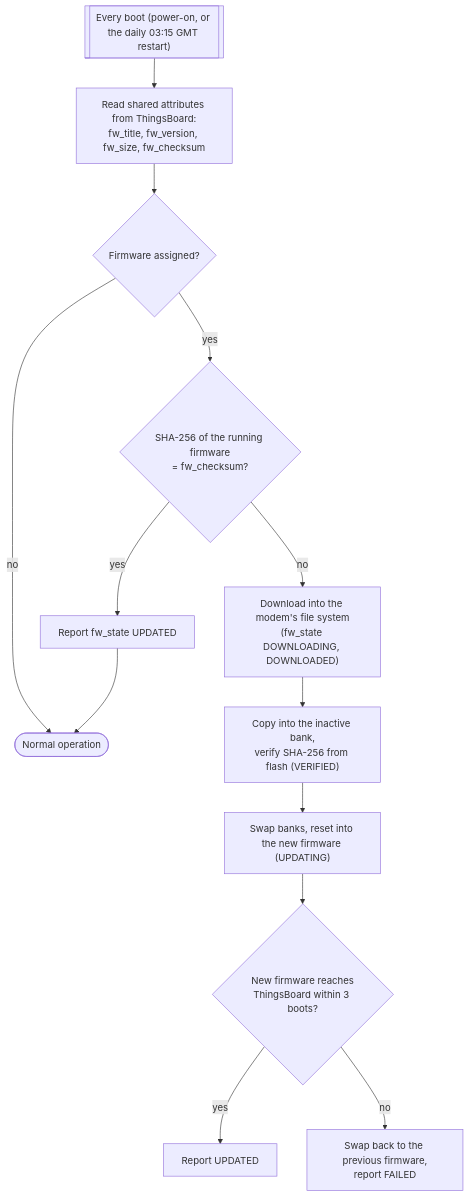
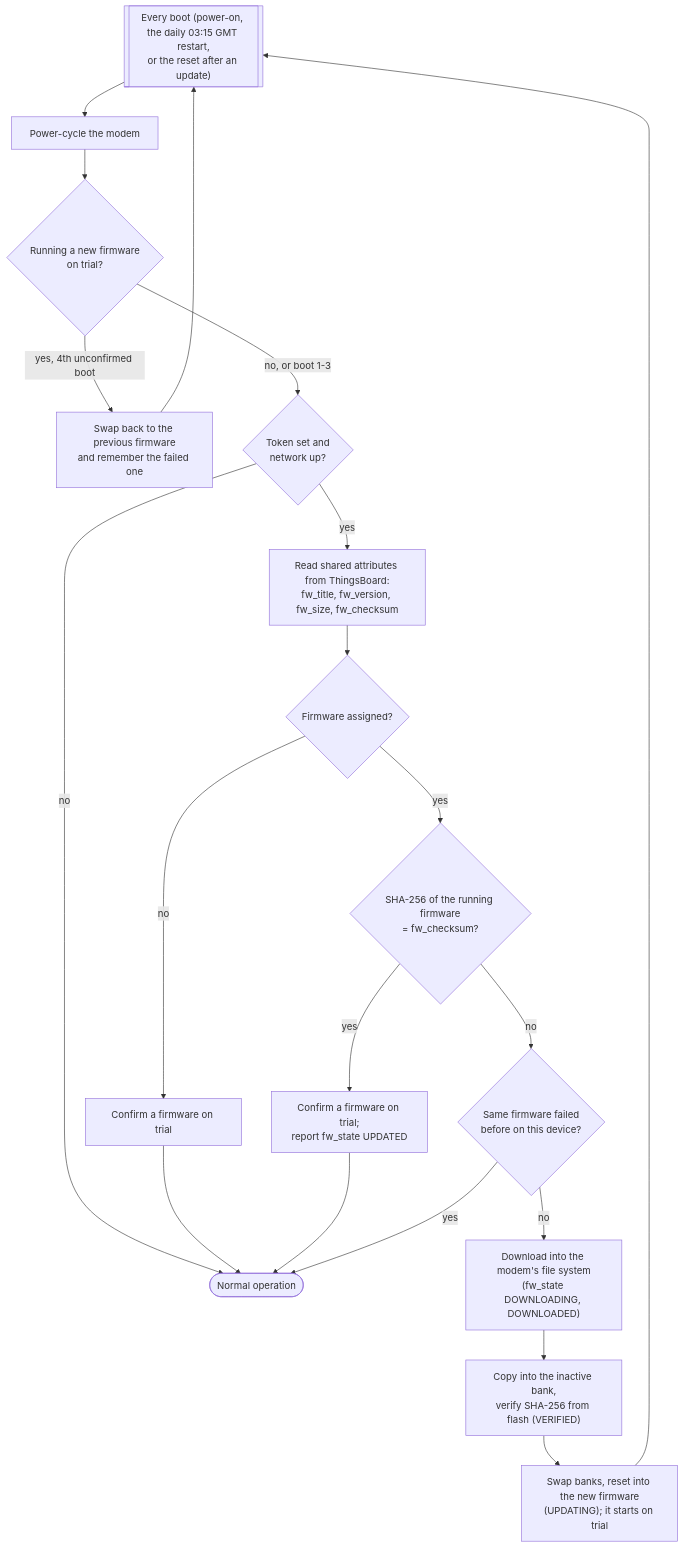
The seventh of 7 diagrams in README.md (anushka-prajose-tih/Closed_Loop_Irrigation), drawn with Mermaid before and after one commit. The commit also changed other lines of this file and 1 other file, not shown here.

````diff
--- a/README.md
+++ b/README.md
@@ -312,14 +321,20 @@
 ```mermaid
 flowchart TD
-    A[["Every boot (power-on, or the daily 03:15 GMT restart)"]] --> B["Read shared attributes from ThingsBoard:<br>fw_title, fw_version, fw_size, fw_checksum"]
+    A[["Every boot (power-on, the daily 03:15 GMT restart,<br>or the reset after an update)"]] --> PC["Power-cycle the modem"]
+    PC --> BC{"Running a new firmware<br>on trial?"}
+    BC -->|"yes, 4th unconfirmed boot"| R["Swap back to the previous firmware<br>and remember the failed one"]
+    BC -->|"no, or boot 1-3"| N{"Token set and<br>network up?"}
+    N -->|no| Z([Normal operation])
+    N -->|yes| B["Read shared attributes from ThingsBoard:<br>fw_title, fw_version, fw_size, fw_checksum"]
     B --> C{"Firmware assigned?"}
-    C -->|no| Z([Normal operation])
+    C -->|no| CONF["Confirm a firmware on trial"] --> Z
     C -->|yes| S{"SHA-256 of the running firmware<br>= fw_checksum?"}
-    S -->|yes| U["Report fw_state UPDATED"] --> Z
-    S -->|no| D["Download into the modem's file system<br>(fw_state DOWNLOADING, DOWNLOADED)"]
+    S -->|yes| U["Confirm a firmware on trial;<br>report fw_state UPDATED"] --> Z
+    S -->|no| DR4{"Same firmware failed<br>before on this device?"}
+    DR4 -->|yes| Z
+    DR4 -->|no| D["Download into the modem's file system<br>(fw_state DOWNLOADING, DOWNLOADED)"]
     D --> E["Copy into the inactive bank,<br>verify SHA-256 from flash (VERIFIED)"]
-    E --> F["Swap banks, reset into the new firmware (UPDATING)"]
-    F --> G{"New firmware reaches<br>ThingsBoard within 3 boots?"}
-    G -->|yes| H["Report UPDATED"]
-    G -->|no| R["Swap back to the previous firmware,<br>report FAILED"]
+    E --> F["Swap banks, reset into the new firmware<br>(UPDATING); it starts on trial"]
+    F --> A
+    R --> A
 ```
````
